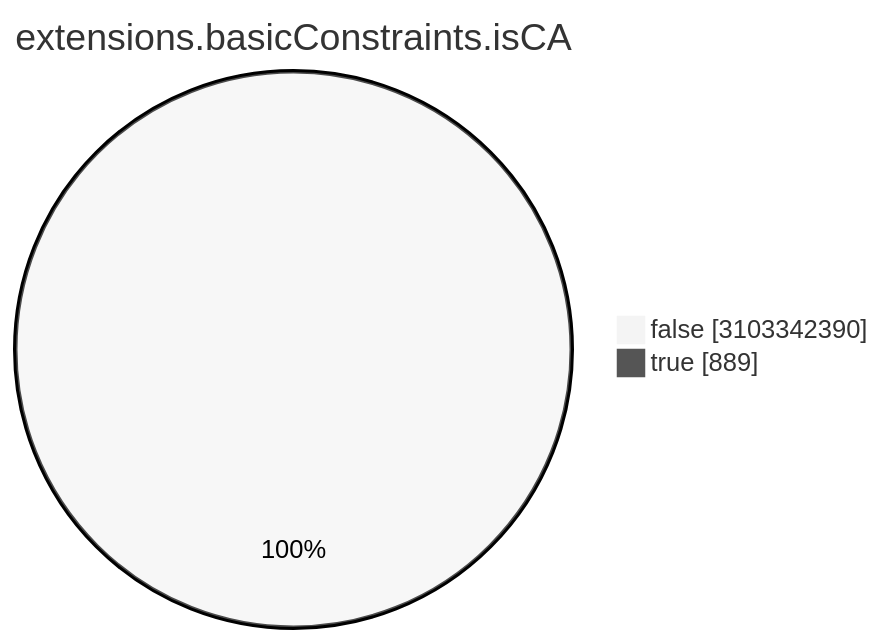
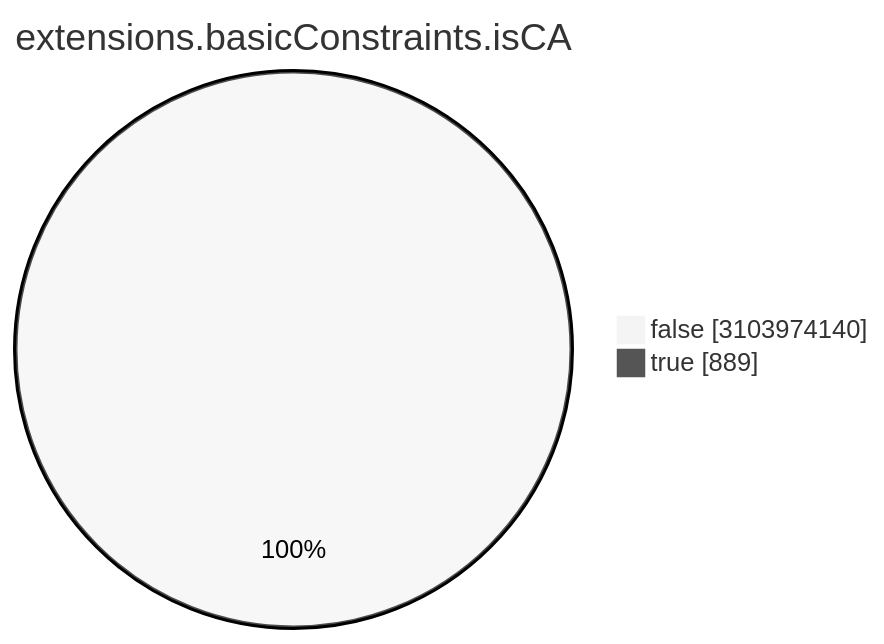
Before and after one commit to christiankrug/ctmonitor_visualization: the seventh of 15 diagrams in TOTAL/README.md, drawn with Mermaid (neutral theme). The commit also changed other lines of this file, not shown here.

````diff
--- a/TOTAL/README.md
+++ b/TOTAL/README.md
@@ -3088,6 +3088,6 @@
 ```mermaid
 pie showData
 title extensions.basicConstraints.isCA
-"false" :3103342390
+"false" :3103974140
 "true" :889
 ```
````
